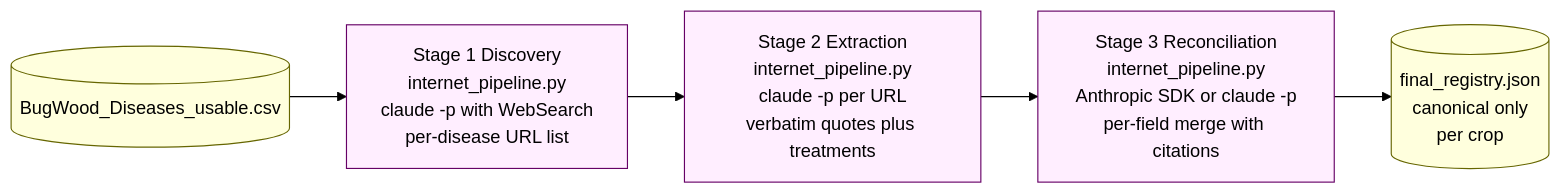
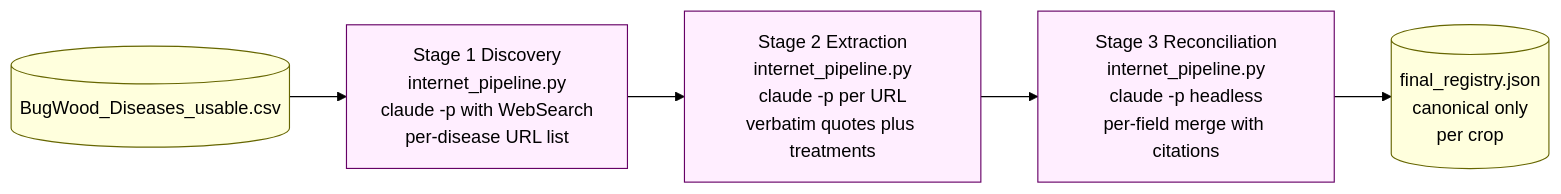
Before and after one commit to tirtho149/PRESAGE: the second of 5 diagrams in FLOW.md, drawn with Mermaid (forest theme). The commit also changed other lines of this file and 11 other files, not shown here.

First line of the commit message:
All Claude calls go through `claude -p` headless CLI; no API-key path

````diff
--- a/FLOW.md
+++ b/FLOW.md
@@ -80,15 +80,15 @@
 ```mermaid
 flowchart LR
     CSV[(BugWood_Diseases_usable.csv)]
     D[Stage 1 Discovery<br/>internet_pipeline.py<br/>claude -p with WebSearch<br/>per-disease URL list]
     E[Stage 2 Extraction<br/>internet_pipeline.py<br/>claude -p per URL<br/>verbatim quotes plus treatments]
-    R[Stage 3 Reconciliation<br/>internet_pipeline.py<br/>Anthropic SDK or claude -p<br/>per-field merge with citations]
+    R[Stage 3 Reconciliation<br/>internet_pipeline.py<br/>claude -p headless<br/>per-field merge with citations]
     REG[(final_registry.json<br/>canonical only<br/>per crop)]
 
     CSV --> D --> E --> R --> REG
 
     classDef claude fill:#fef,stroke:#606,stroke-width:1px
     classDef file fill:#ffd,stroke:#660,stroke-width:1px
     class D,E,R claude
     class CSV,REG file
 ```
````
